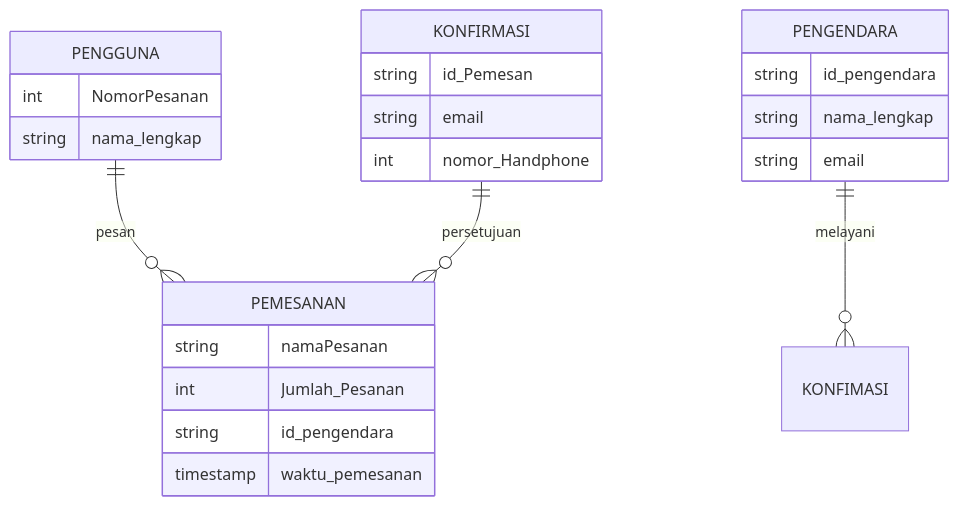
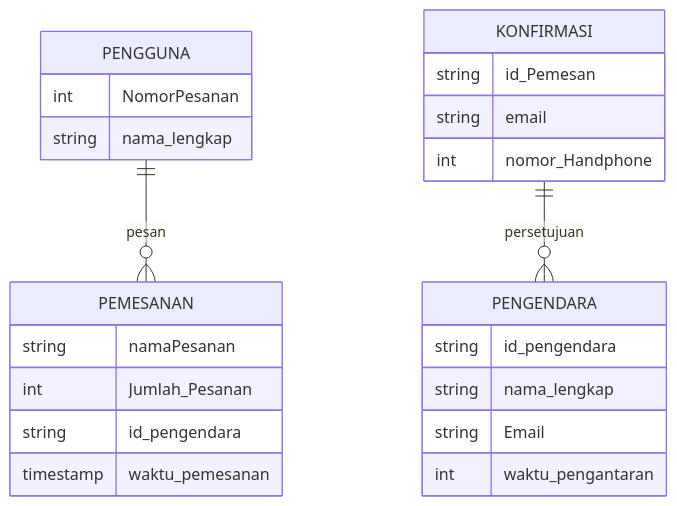
The diagram in job-interview.md (FauziAbdulMalik/Uzi_am14.12), drawn with Mermaid before and after one commit. The commit also changed other lines of this file, not shown here.

````diff
--- a/job-interview.md
+++ b/job-interview.md
@@ -47,29 +47,29 @@
 ```mermaid
 erDiagram
    PENGGUNA ||--o{ PEMESANAN : pesan
     PENGGUNA {
         int    NomorPesanan
         string nama_lengkap
     }
     PEMESANAN {
         string namaPesanan
         int Jumlah_Pesanan
         string id_pengendara
         timestamp waktu_pemesanan
     }
- KONFIRMASI ||--o{ PEMESANAN : persetujuan
+ KONFIRMASI ||--o{ PENGENDARA  : persetujuan
     KONFIRMASI {
         string id_Pemesan
         string email
         int nomor_Handphone
     }
-PENGENDARA ||--o{ KONFIMASI : melayani
-    PENGENDARA {
+PENGENDARA {
         string id_pengendara
         string nama_lengkap
-        string email
+        string Email
+        int  waktu_pengantaran
     }
 
 
 
 ```
````
